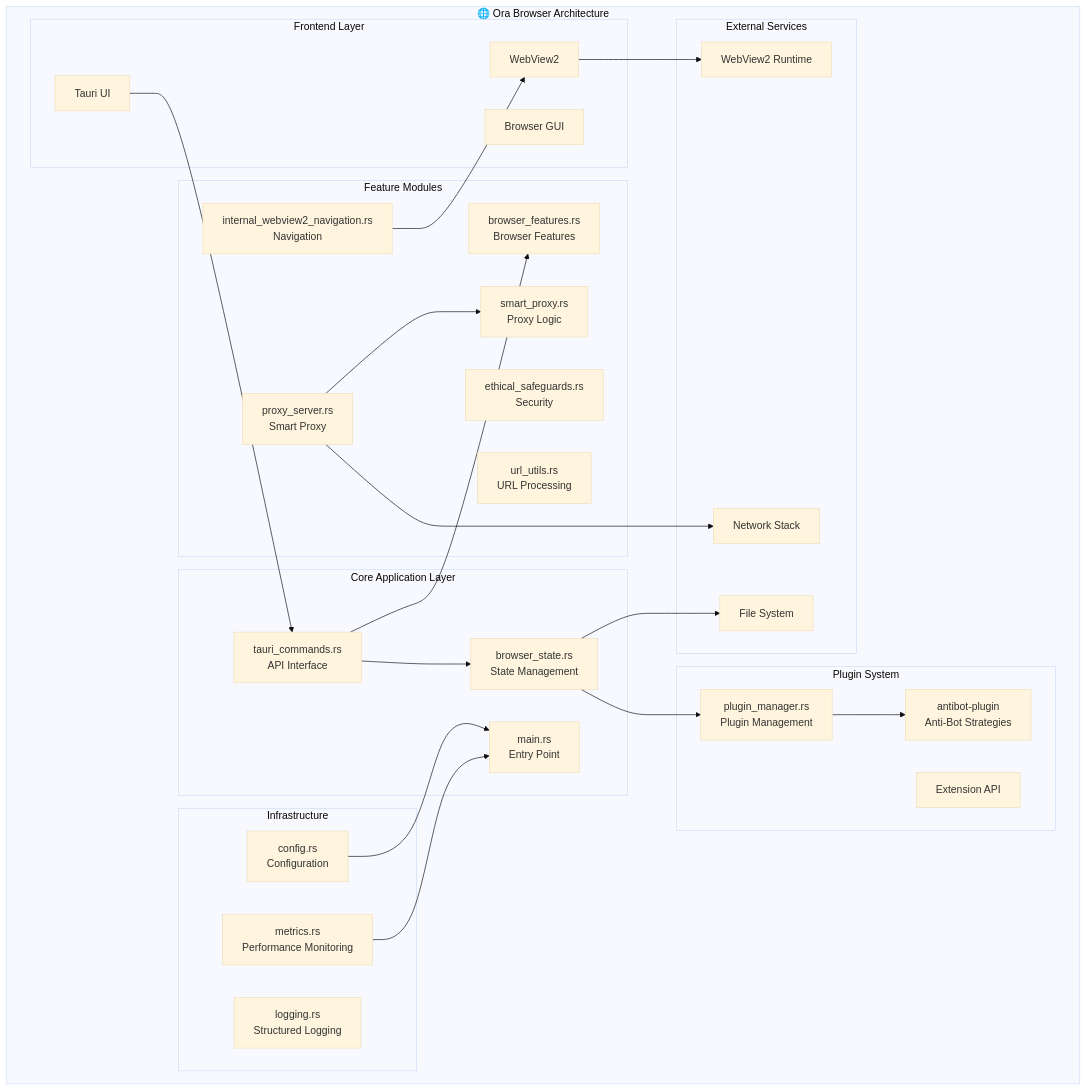
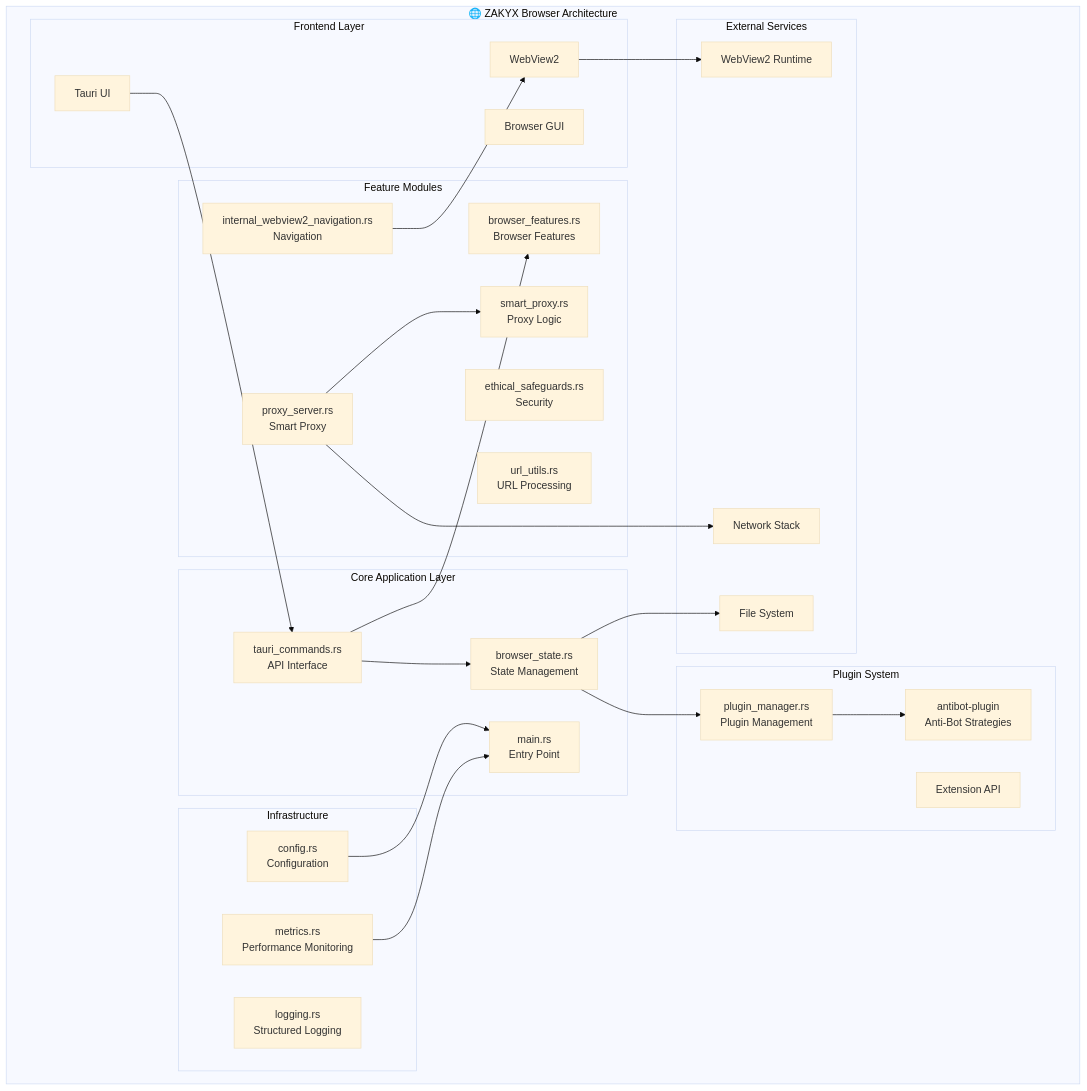
Before and after one commit to ProjectZakyx/project-zakyx: the diagram in docs/ARCHITECTURE_ANALYSIS.md, drawn with Mermaid (base theme). The commit also changed other lines of this file and 225 other files, not shown here.

````diff
--- a/docs/ARCHITECTURE_ANALYSIS.md
+++ b/docs/ARCHITECTURE_ANALYSIS.md
@@ -30,57 +30,57 @@
 ```mermaid
 graph TB
-    subgraph "🌐 Ora Browser Architecture"
+    subgraph "🌐 ZAKYX Browser Architecture"
         subgraph "Frontend Layer"
             UI[Tauri UI]
             WebView[WebView2]
             GUI[Browser GUI]
         end
         
         subgraph "Core Application Layer"
             Main[main.rs<br/>Entry Point]
             State[browser_state.rs<br/>State Management]
             Commands[tauri_commands.rs<br/>API Interface]
         end
         
         subgraph "Feature Modules"
             Proxy[proxy_server.rs<br/>Smart Proxy]
             SmartProxy[smart_proxy.rs<br/>Proxy Logic]
             Navigation[internal_webview2_navigation.rs<br/>Navigation]
             Features[browser_features.rs<br/>Browser Features]
             Ethics[ethical_safeguards.rs<br/>Security]
             URLs[url_utils.rs<br/>URL Processing]
         end
         
         subgraph "Plugin System"
             PluginMgr[plugin_manager.rs<br/>Plugin Management]
             AntiBot[antibot-plugin<br/>Anti-Bot Strategies]
             ExtAPI[Extension API]
         end
         
         subgraph "Infrastructure"
             Config[config.rs<br/>Configuration]
             Metrics[metrics.rs<br/>Performance Monitoring]
             Logging[logging.rs<br/>Structured Logging]
         end
         
         subgraph "External Services"
             WebView2Runtime[WebView2 Runtime]
             Network[Network Stack]
             FileSystem[File System]
         end
     end
     
     UI --> Commands
     Commands --> State
     Commands --> Features
     State --> PluginMgr
     Proxy --> SmartProxy
     Navigation --> WebView
     PluginMgr --> AntiBot
     Config --> Main
     Metrics --> Main
     
     WebView --> WebView2Runtime
     Proxy --> Network
     State --> FileSystem
 ```
````
